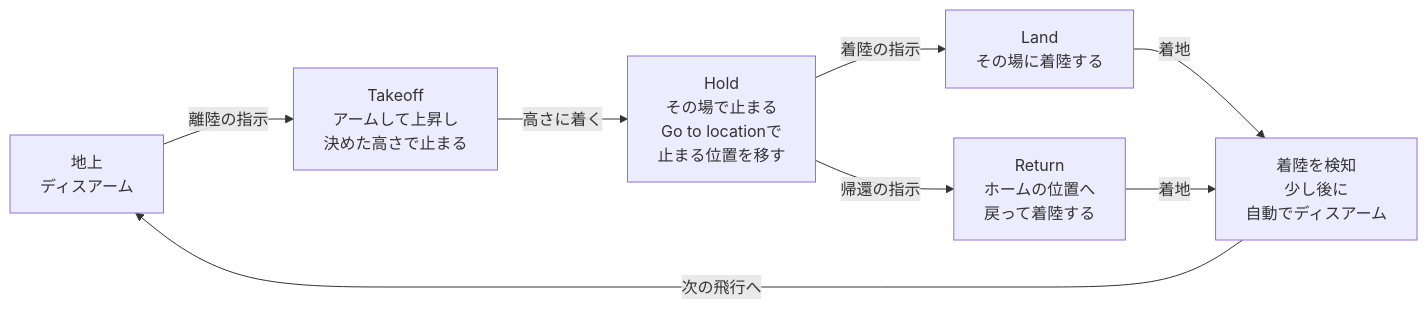
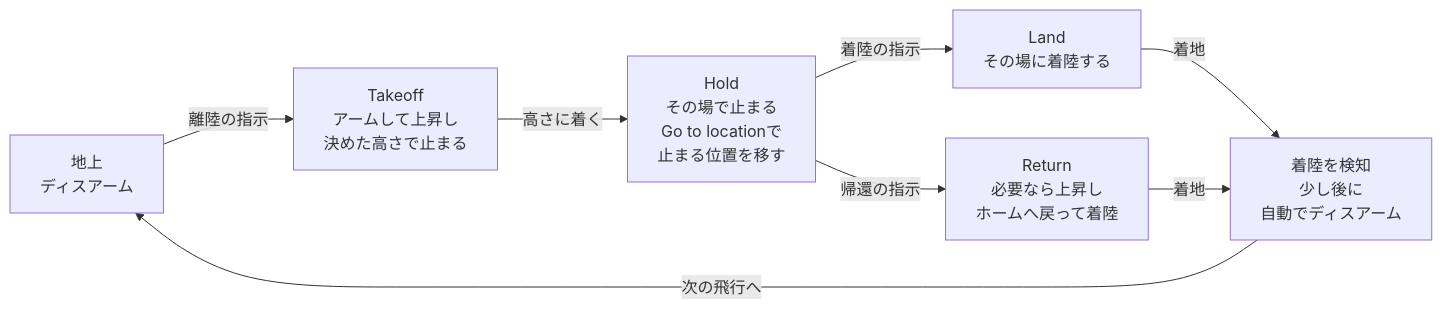
The diagram in docs/phase1_first_flight.md (SanghunIm1991/ros2Px4DroneSim), drawn with Mermaid before and after one commit. The commit also changed other lines of this file and 8 other files, not shown here.

````diff
--- a/docs/phase1_first_flight.md
+++ b/docs/phase1_first_flight.md
@@ -41,10 +41,10 @@
 ```mermaid
 flowchart LR
     G["地上<br/>ディスアーム"] -- "離陸の指示" --> T["Takeoff<br/>アームして上昇し<br/>決めた高さで止まる"]
     T -- "高さに着く" --> H["Hold<br/>その場で止まる<br/>Go to locationで<br/>止まる位置を移す"]
-    H -- "帰還の指示" --> R["Return<br/>ホームの位置へ<br/>戻って着陸する"]
+    H -- "帰還の指示" --> R["Return<br/>必要なら上昇し<br/>ホームへ戻って着陸"]
     H -- "着陸の指示" --> L["Land<br/>その場に着陸する"]
     L -- "着地" --> D["着陸を検知<br/>少し後に<br/>自動でディスアーム"]
     R -- "着地" --> D
     D -- "次の飛行へ" --> G
 ```
````
